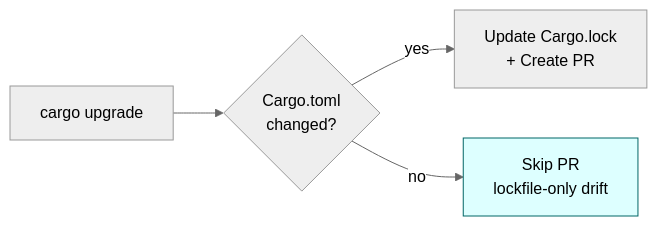
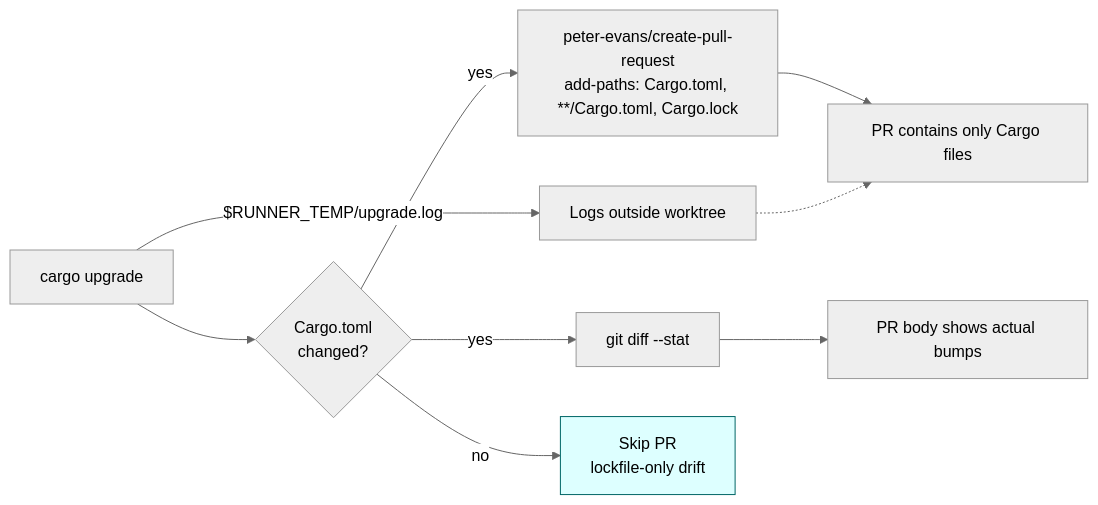
Before and after one commit to stSoftwareAU/NEAT-AI-scorer: the diagram in docs/pr-summary-90.md, drawn with Mermaid (neutral theme). The commit also changed other lines of this file and 7 other files, not shown here.

First line of the commit message:
fix: weekly upgrade workflow leaks logs and sibling clone into PR (#90) (#92)

````diff
--- a/docs/pr-summary-90.md
+++ b/docs/pr-summary-90.md
@@ -13,7 +29,12 @@
 ```mermaid
 flowchart LR
-    A[cargo upgrade] --> B{Cargo.toml<br/>changed?}
-    B -- yes --> C[Update Cargo.lock<br/>+ Create PR]
-    B -- no --> D[Skip PR<br/>lockfile-only drift]
-    style D fill:#dff,stroke:#066
+    A[cargo upgrade] -->|"$RUNNER_TEMP/upgrade.log"| B[Logs outside worktree]
+    A --> C{Cargo.toml<br/>changed?}
+    C -- yes --> D[git diff --stat]
+    D --> E[PR body shows actual bumps]
+    C -- yes --> F[peter-evans/create-pull-request<br/>add-paths: Cargo.toml, **/Cargo.toml, Cargo.lock]
+    F --> G[PR contains only Cargo files]
+    B -.-> G
+    C -- no --> H[Skip PR<br/>lockfile-only drift]
+    style H fill:#dff,stroke:#066
 ```
````
